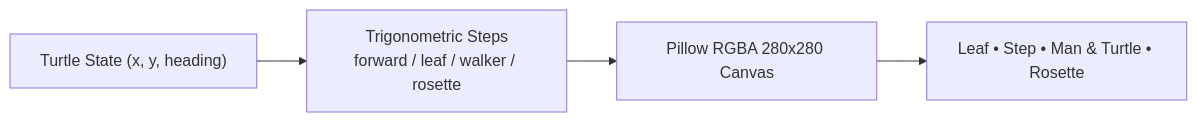
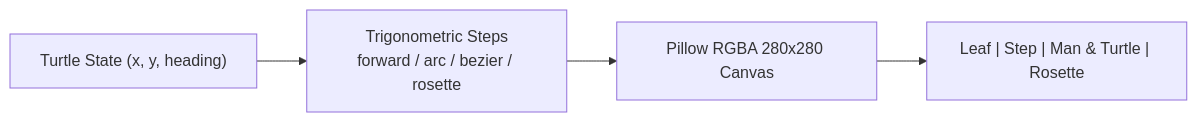
Before and after one commit to parthibcpana/IDAI102-1000544-PARTH-PARVINBHAI-GAJERA-SA: the eighth of 8 diagrams in README.md, drawn with Mermaid. The commit also changed other lines of this file and 5 other files, not shown here.

````diff
--- a/README.md
+++ b/README.md
@@ -362,6 +360,6 @@
   ```mermaid
   flowchart LR
-      T["Turtle State (x, y, heading)"] --> M["Trigonometric Steps<br>forward / leaf / walker / rosette"]
+      T["Turtle State (x, y, heading)"] --> M["Trigonometric Steps<br>forward / arc / bezier / rosette"]
       M --> IMG["Pillow RGBA 280x280 Canvas"]
-      IMG --> ART["Leaf • Step • Man & Turtle • Rosette"]
+      IMG --> ART["Leaf | Step | Man & Turtle | Rosette"]
   ```
````
